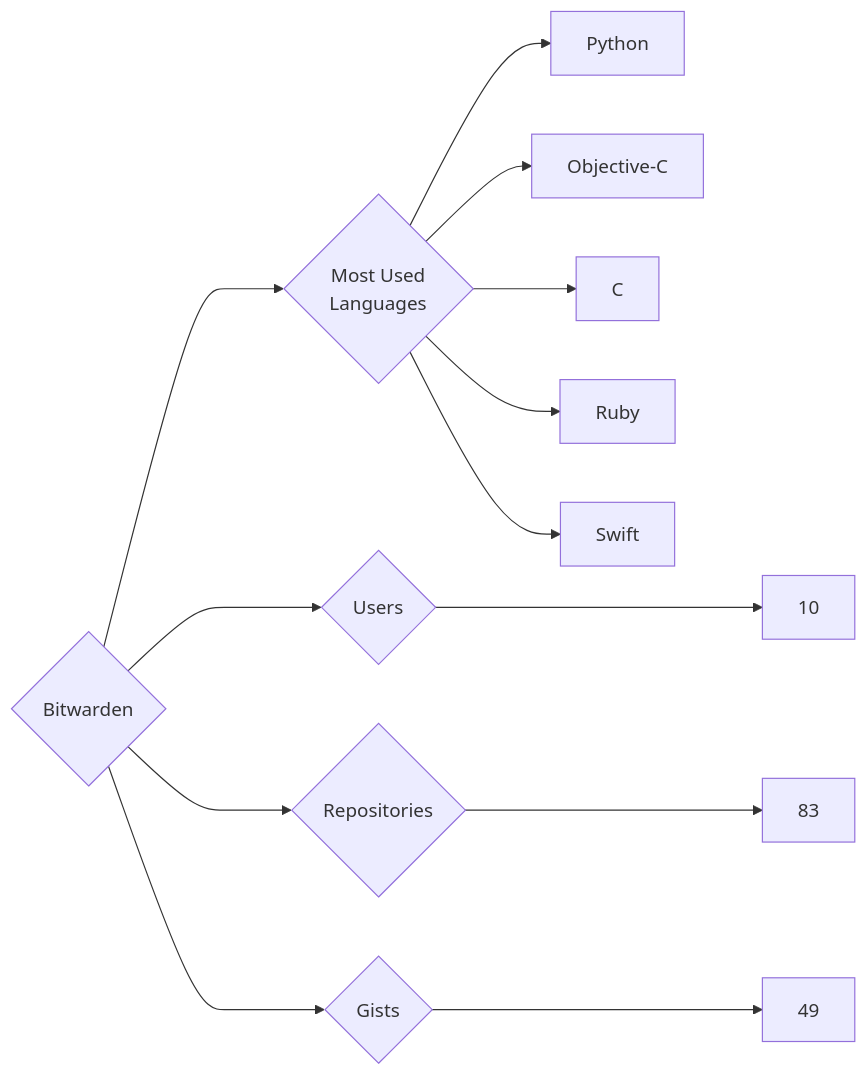
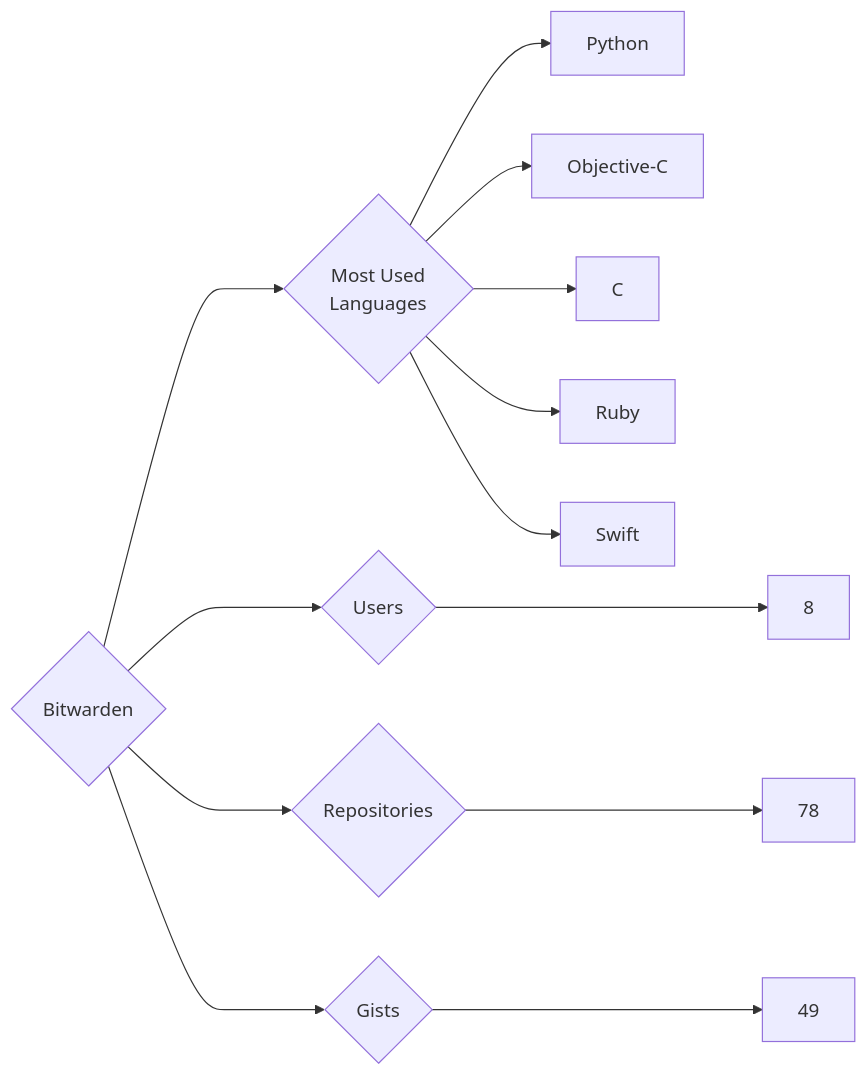
The diagram in targets/Bitwarden/README.md (trickest/insiders), drawn with Mermaid before and after one commit. The commit also changed 912 other files, not shown here.

````diff
--- a/targets/Bitwarden/README.md
+++ b/targets/Bitwarden/README.md
@@ -3,13 +3,13 @@
 ```mermaid
 graph LR
 COMPANY_NAME{Bitwarden}
-COMPANY_NAME ---> U{Users} ---> UN[10]
-COMPANY_NAME ---> R{Repositories} ---> RN[83]
+COMPANY_NAME ---> U{Users} ---> UN[8]
+COMPANY_NAME ---> R{Repositories} ---> RN[78]
 COMPANY_NAME ---> G{Gists} ---> GN[49]
 COMPANY_NAME ---> ML{Most Used<br>Languages}
 ML --> Python[Python]
 ML --> Objective-C[Objective-C]
 ML --> C[C]
 ML --> Ruby[Ruby]
 ML --> Swift[Swift]
 ```
````
